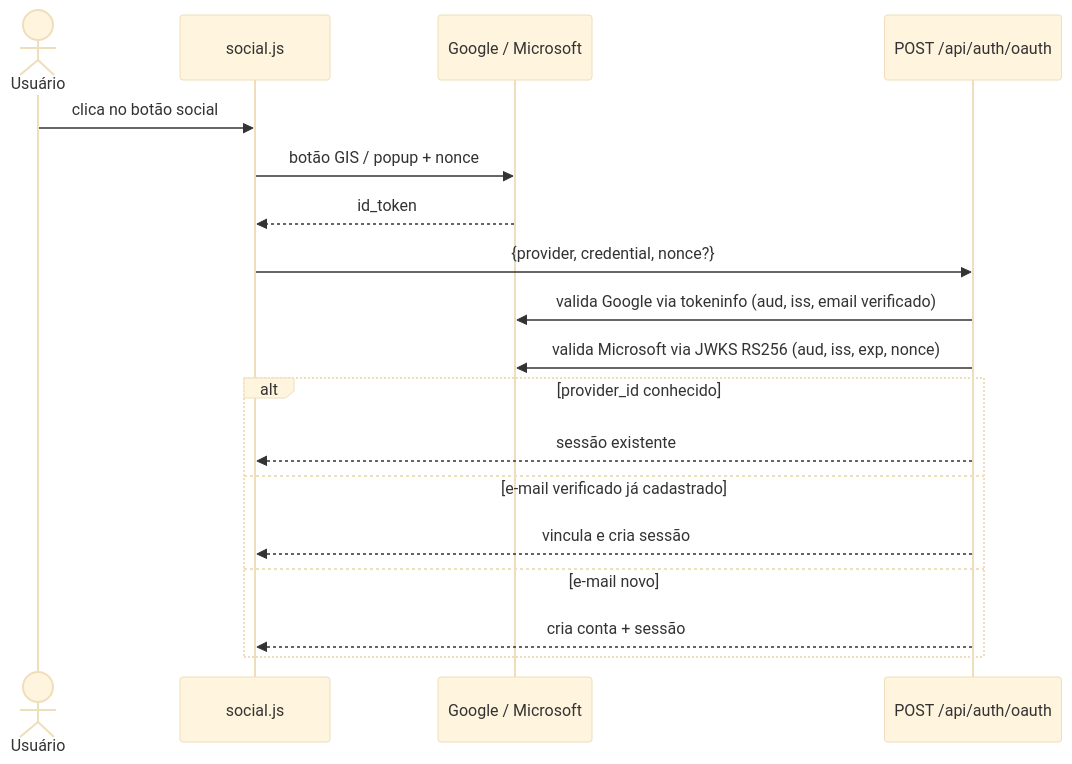
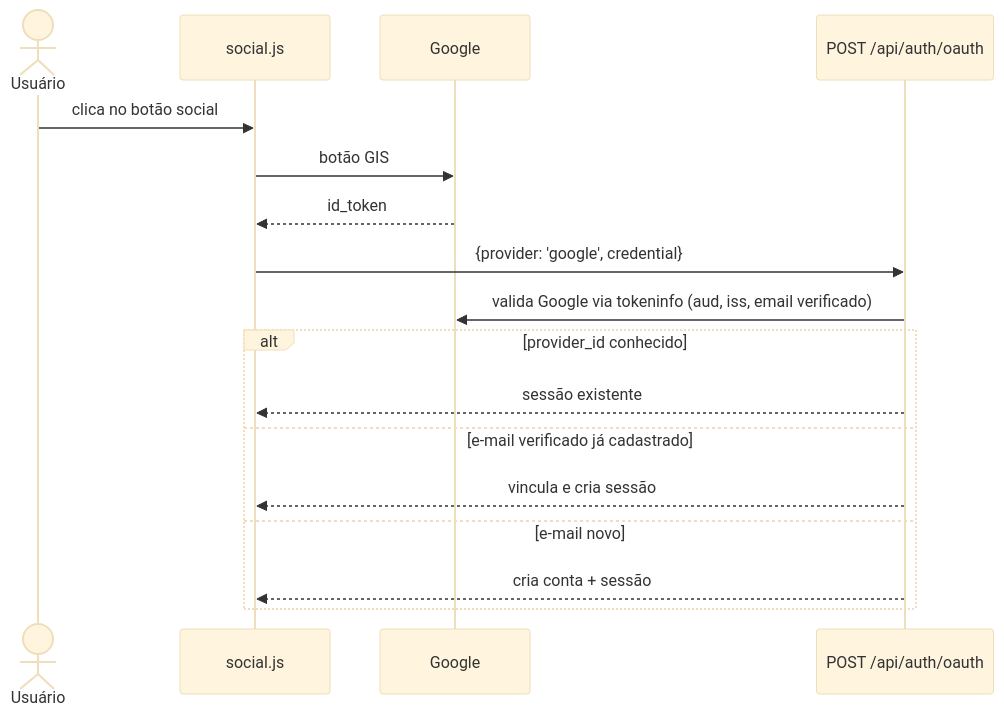
The fifth of 9 diagrams in DIAGRAMAS.md (mateusACM/SAOPS), drawn with Mermaid (base theme) before and after one commit. The commit also changed other lines of this file and 34 other files, not shown here.

Commit message:
Connect provider profiles and booking flow

````diff
--- a/DIAGRAMAS.md
+++ b/DIAGRAMAS.md
@@ -148,20 +151,19 @@
 ```mermaid
 sequenceDiagram
     actor U as Usuário
     participant S as social.js
-    participant IdP as Google / Microsoft
+    participant IdP as Google
     participant API as POST /api/auth/oauth
     U->>S: clica no botão social
-    S->>IdP: botão GIS / popup + nonce
+    S->>IdP: botão GIS
     IdP-->>S: id_token
-    S->>API: {provider, credential, nonce?}
+    S->>API: {provider: 'google', credential}
     API->>IdP: valida Google via tokeninfo (aud, iss, email verificado)
-    API->>IdP: valida Microsoft via JWKS RS256 (aud, iss, exp, nonce)
     alt provider_id conhecido
         API-->>S: sessão existente
     else e-mail verificado já cadastrado
         API-->>S: vincula e cria sessão
     else e-mail novo
         API-->>S: cria conta + sessão
     end
 ```
````
